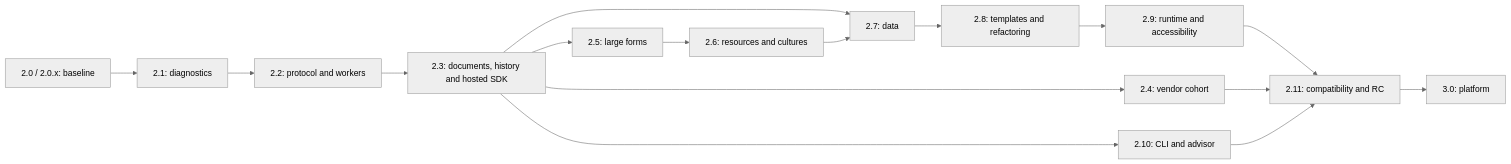
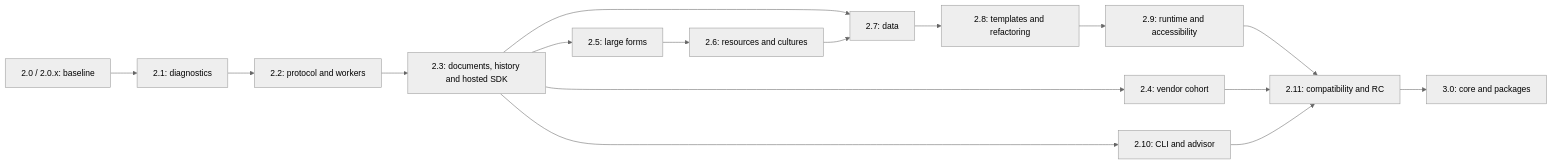
One commit to SkivHisink/winforms-designer-vscode changed the diagram in docs/roadmap-2.0.0-to-3.0.0.md. Above: the diagram before and after it, drawn with Mermaid (neutral theme). The commit also changed other lines of this file and 1 other file, not shown here.

````diff
--- a/docs/roadmap-2.0.0-to-3.0.0.md
+++ b/docs/roadmap-2.0.0-to-3.0.0.md
@@ -117,18 +125,18 @@
 ```mermaid
 flowchart LR
     B["2.0 / 2.0.x: baseline"] --> D["2.1: diagnostics"]
     D --> P["2.2: protocol and workers"]
     P --> T["2.3: documents, history and hosted SDK"]
     T --> V["2.4: vendor cohort"]
     T --> F["2.5: large forms"]
     F --> L["2.6: resources and cultures"]
     T --> DB["2.7: data"]
     L --> DB
     DB --> R["2.8: templates and refactoring"]
     R --> Q["2.9: runtime and accessibility"]
     T --> C["2.10: CLI and advisor"]
     Q --> RC["2.11: compatibility and RC"]
     V --> RC
     C --> RC
-    RC --> GA["3.0: platform"]
+    RC --> GA["3.0: core and packages"]
 ```
````
